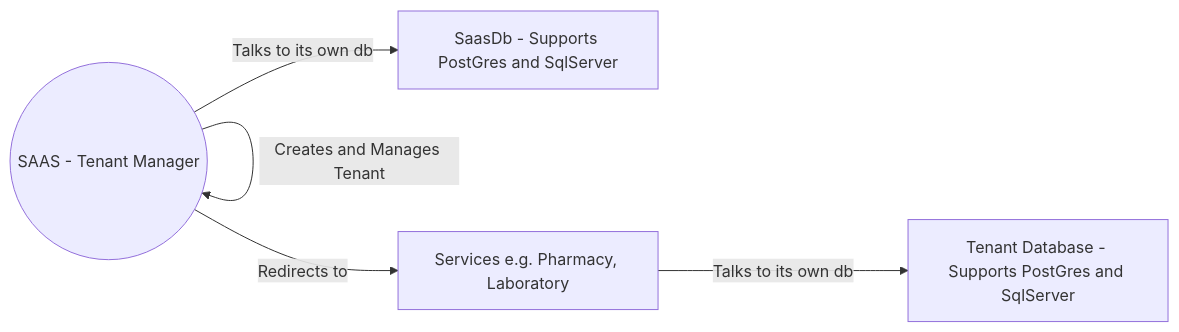
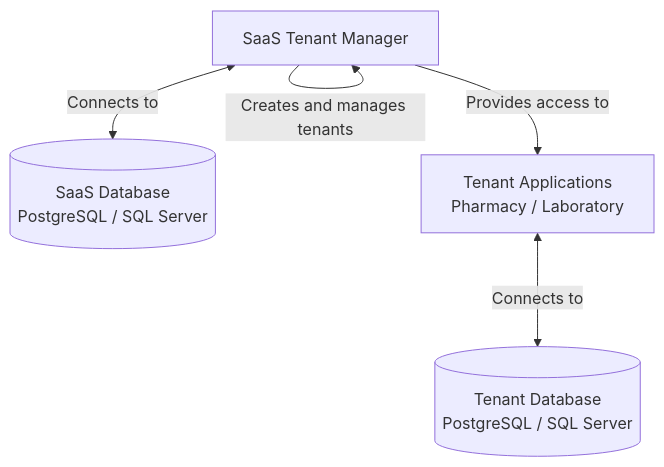
The diagram in README.md (sandygeeks/SaasDemo), drawn with Mermaid before and after one commit. The commit also changed other lines of this file, not shown here.

````diff
--- a/README.md
+++ b/README.md
@@ -18,7 +44,11 @@
 ```mermaid
-graph LR
-A((SAAS - Tenant Manager)) -- Creates and Manages Tenant --> A
-A -- Talks to its own db --> C[SaasDb - Supports PostGres and SqlServer]
-A -- Redirects to --> B[Services e.g. Pharmacy, Laboratory]
-B -- Talks to its own db --> D[Tenant Database - Supports PostGres and SqlServer]
+graph TD
+    A["SaaS Tenant Manager"]
+
+    A -->|"Creates and manages tenants"| A
+    A <-->|"Connects to"| C[("SaaS Database<br/>PostgreSQL / SQL Server")]
+
+    A -->|"Provides access to"| B["Tenant Applications<br/>Pharmacy / Laboratory"]
+
+    B <-->|"Connects to"| D[("Tenant Database<br/>PostgreSQL / SQL Server")]
 ```
````
